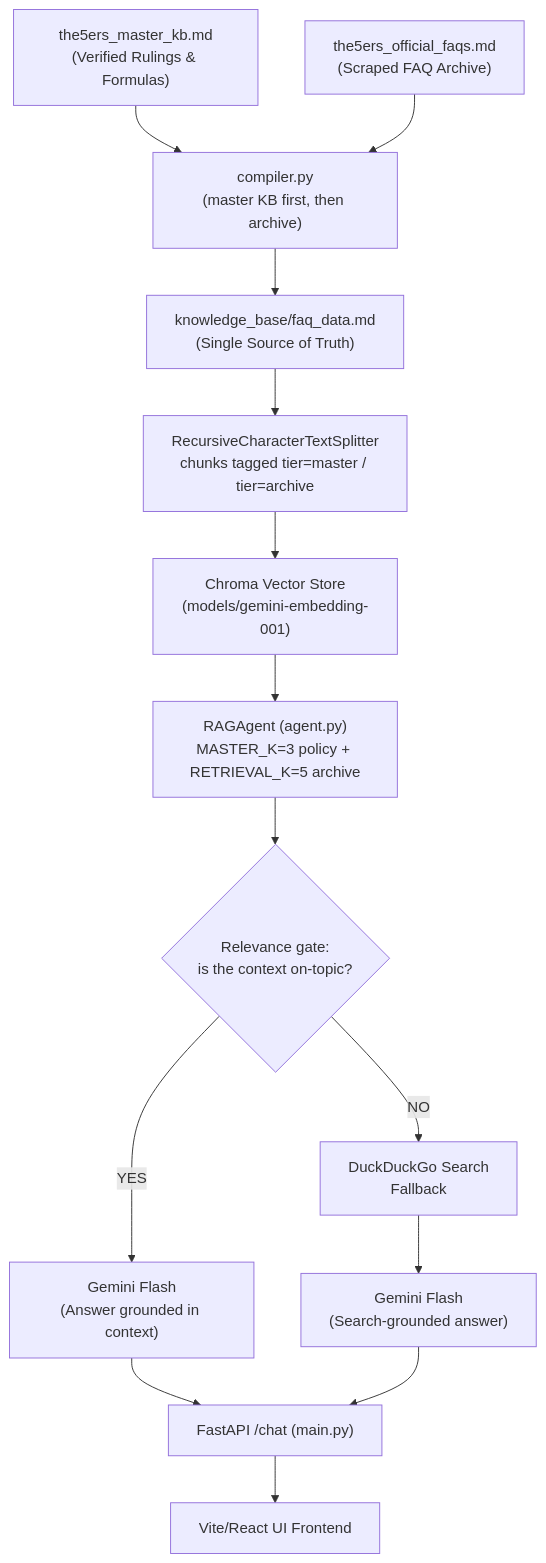
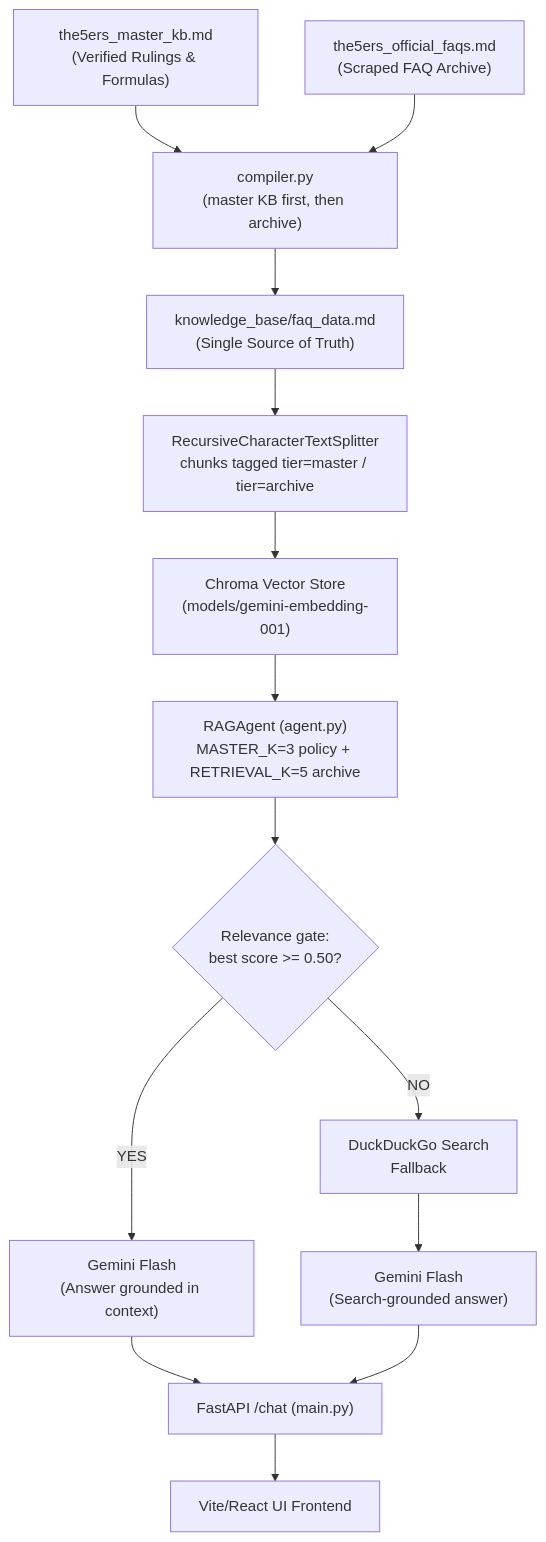
The diagram in knowledge_base/architecture_and_pipeline.md (jonathantheja99/5ers-rag-dev), drawn with Mermaid before and after one commit. The commit also changed other lines of this file and 6 other files, not shown here.

````diff
--- a/knowledge_base/architecture_and_pipeline.md
+++ b/knowledge_base/architecture_and_pipeline.md
@@ -39,16 +39,16 @@
 ```mermaid
 flowchart TD
     A["the5ers_master_kb.md<br/>(Verified Rulings & Formulas)"] --> C["compiler.py<br/>(master KB first, then archive)"]
     B["the5ers_official_faqs.md<br/>(Scraped FAQ Archive)"] --> C
     C --> D["knowledge_base/faq_data.md<br/>(Single Source of Truth)"]
     D --> E["RecursiveCharacterTextSplitter<br/>chunks tagged tier=master / tier=archive"]
     E --> F["Chroma Vector Store<br/>(models/gemini-embedding-001)"]
     F --> G["RAGAgent (agent.py)<br/>MASTER_K=3 policy + RETRIEVAL_K=5 archive"]
-    G --> H{"Relevance gate:<br/>is the context on-topic?"}
+    G --> H{"Relevance gate:<br/>best score >= 0.50?"}
     H -- YES --> I["Gemini Flash<br/>(Answer grounded in context)"]
     H -- NO --> J["DuckDuckGo Search<br/>Fallback"]
     J --> K["Gemini Flash<br/>(Search-grounded answer)"]
     I --> L["FastAPI /chat (main.py)"]
     K --> L
     L --> M["Vite/React UI Frontend"]
 ```
````
